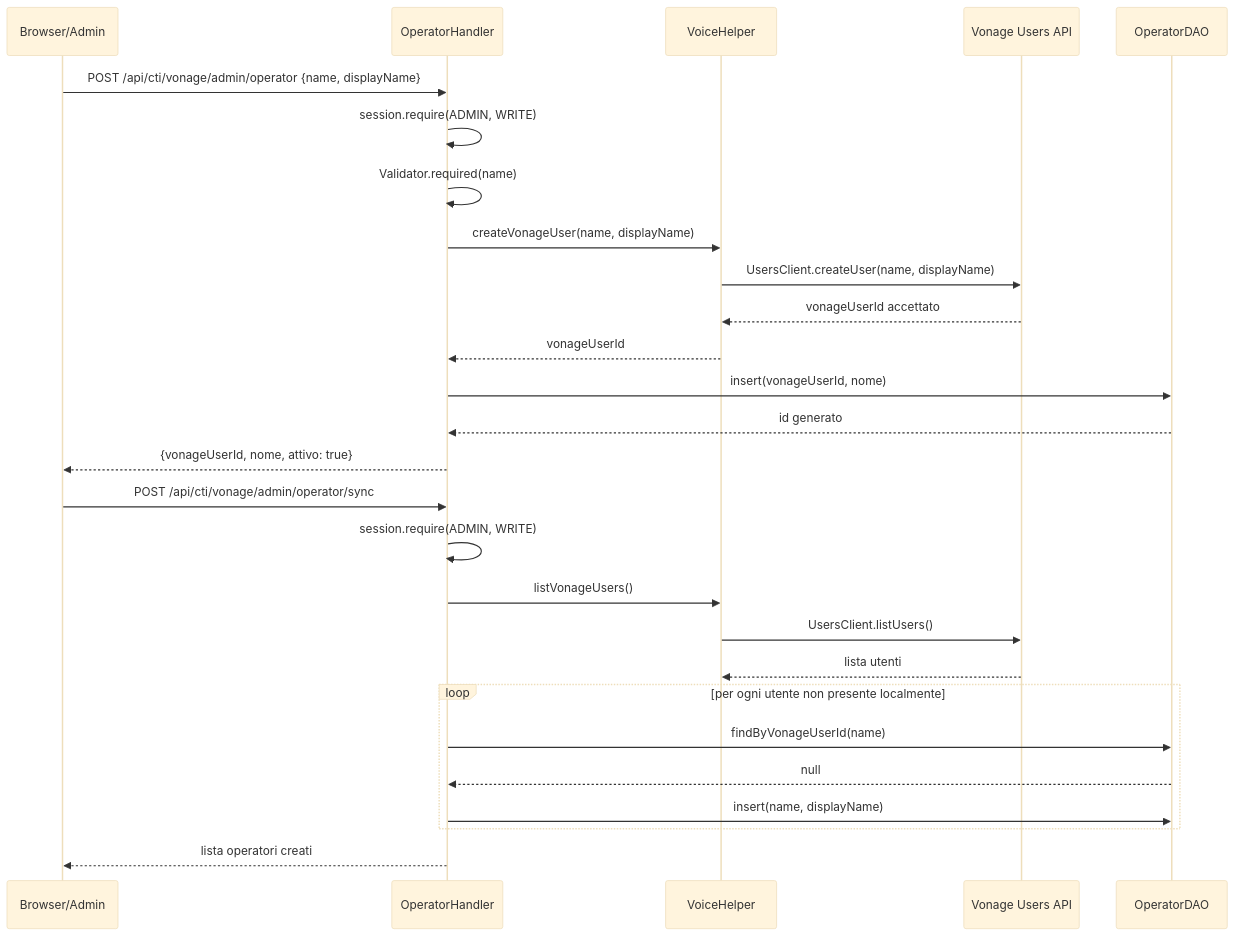
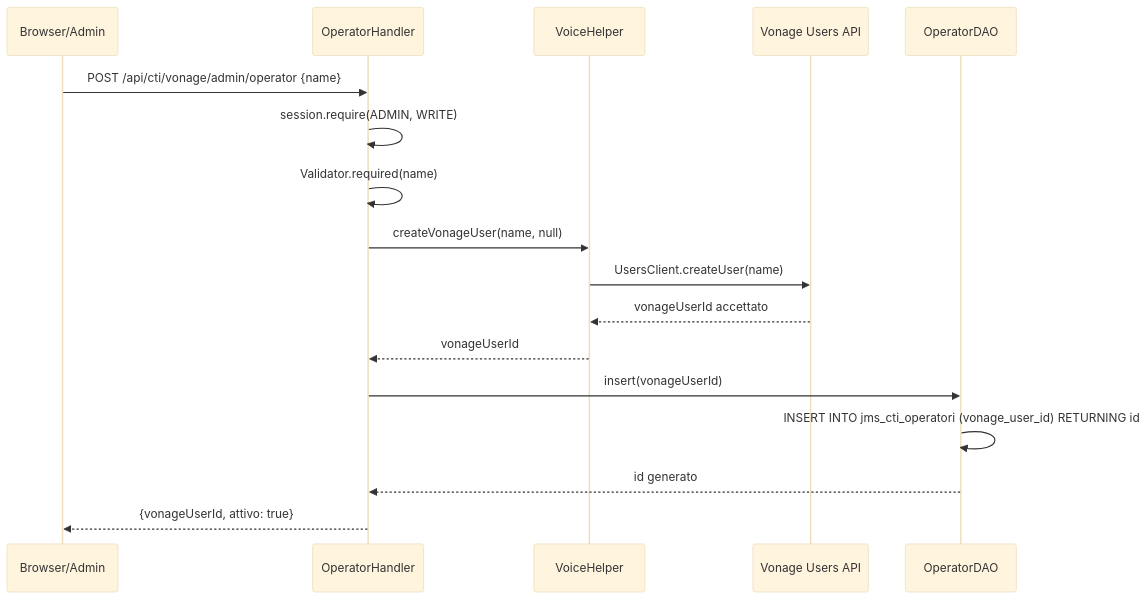
The first of 4 diagrams in module/cti/vonage/docs/core/wf_001_provisioning_operatori.md (riccardovacirca/jms), drawn with Mermaid (base theme) before and after one commit. The commit also changed other lines of this file and 76 other files, not shown here.

````diff
--- a/module/cti/vonage/docs/core/wf_001_provisioning_operatori.md
+++ b/module/cti/vonage/docs/core/wf_001_provisioning_operatori.md
@@ -57,33 +34,20 @@
 ```mermaid
 sequenceDiagram
     participant Admin as Browser/Admin
     participant Handler as OperatorHandler
     participant Helper as VoiceHelper
     participant Vonage as Vonage Users API
     participant DAO as OperatorDAO
 
-    %% Creazione singola
-    Admin->>Handler: POST /api/cti/vonage/admin/operator {name, displayName}
+    Admin->>Handler: POST /api/cti/vonage/admin/operator {name}
     Handler->>Handler: session.require(ADMIN, WRITE)
     Handler->>Handler: Validator.required(name)
-    Handler->>Helper: createVonageUser(name, displayName)
-    Helper->>Vonage: UsersClient.createUser(name, displayName)
+    Handler->>Helper: createVonageUser(name, null)
+    Helper->>Vonage: UsersClient.createUser(name)
     Vonage-->>Helper: vonageUserId accettato
     Helper-->>Handler: vonageUserId
-    Handler->>DAO: insert(vonageUserId, nome)
+    Handler->>DAO: insert(vonageUserId)
+    DAO->>DAO: INSERT INTO jms_cti_operatori (vonage_user_id) RETURNING id
     DAO-->>Handler: id generato
-    Handler-->>Admin: {vonageUserId, nome, attivo: true}
-
-    %% Sincronizzazione
-    Admin->>Handler: POST /api/cti/vonage/admin/operator/sync
-    Handler->>Handler: session.require(ADMIN, WRITE)
-    Handler->>Helper: listVonageUsers()
-    Helper->>Vonage: UsersClient.listUsers()
-    Vonage-->>Helper: lista utenti
-    loop per ogni utente non presente localmente
-        Handler->>DAO: findByVonageUserId(name)
-        DAO-->>Handler: null
-        Handler->>DAO: insert(name, displayName)
-    end
-    Handler-->>Admin: lista operatori creati
+    Handler-->>Admin: {vonageUserId, attivo: true}
 ```
````
